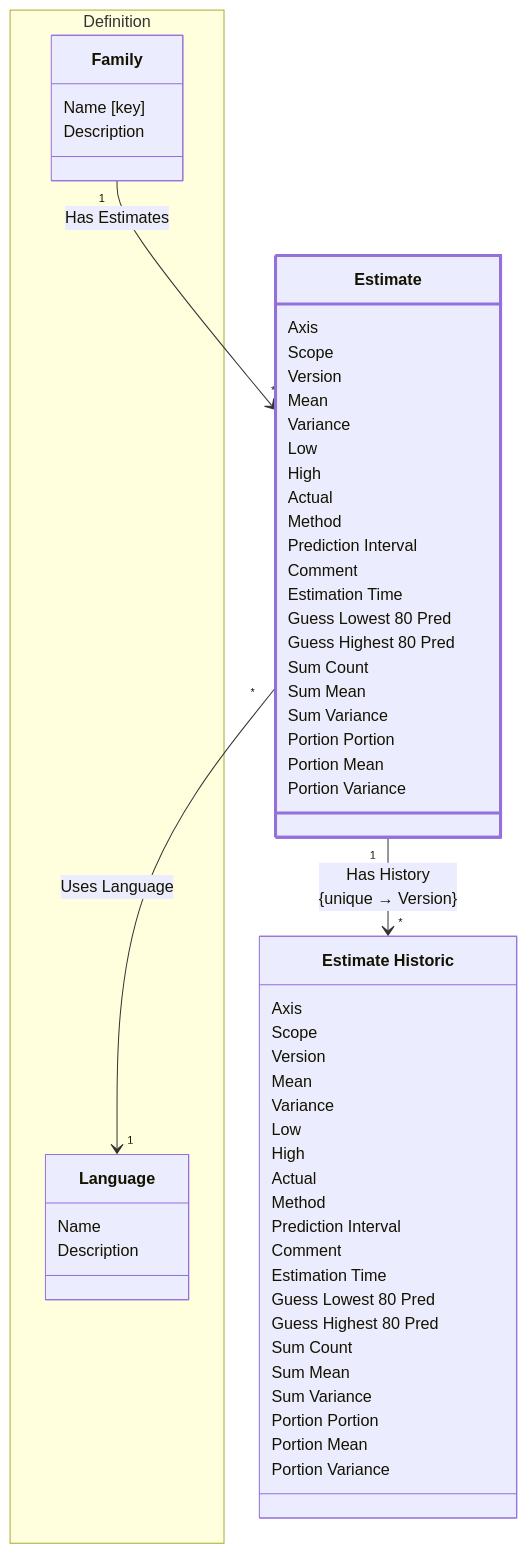
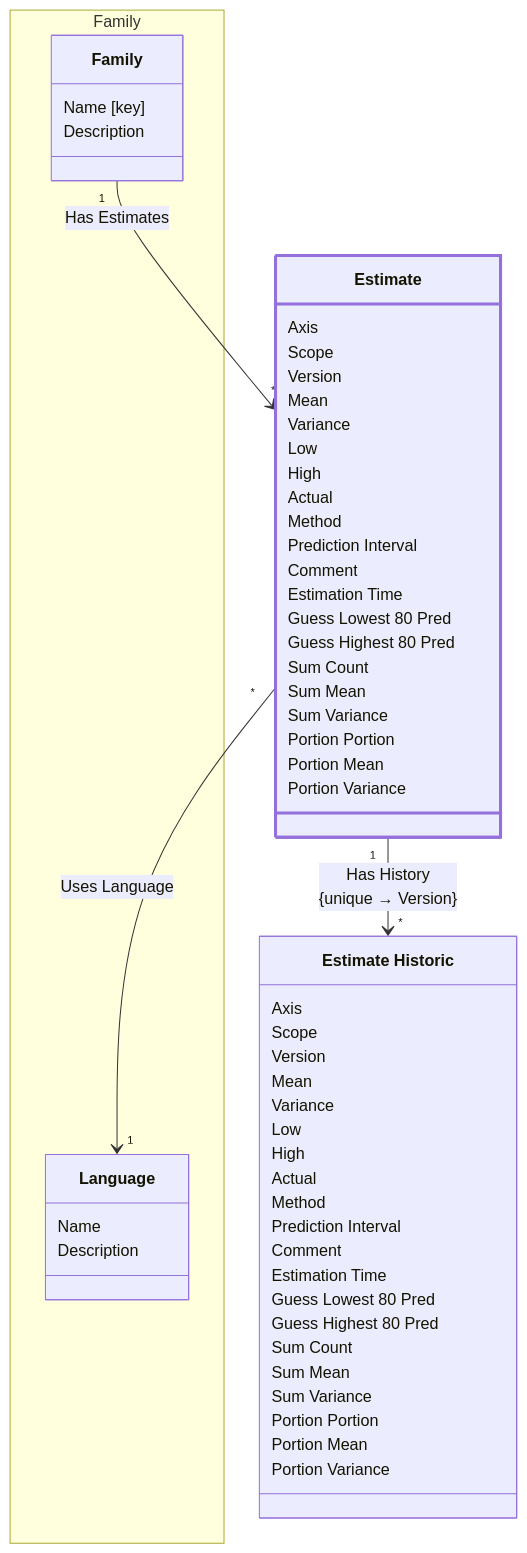
Before and after one commit to glemzurg/glemzurg: the diagram in examples/requirements/req/output/development/class-domain.process.subdomain.estimation.class.estimate.md, drawn with Mermaid. The commit also changed other lines of this file and 62 other files, not shown here.

````diff
--- a/examples/requirements/req/output/development/class-domain.process.subdomain.estimation.class.estimate.md
+++ b/examples/requirements/req/output/development/class-domain.process.subdomain.estimation.class.estimate.md
@@ -52,67 +52,67 @@
 ```mermaid
 ---
 config:
   class:
     hideEmptyMembersBox: true
 ---
 classDiagram
 class class_domain_process_subdomain_estimation_class_estimate["Estimate"] {
         Axis
         Scope
         Version
         Mean
         Variance
         Low
         High
         Actual
         Method
         Prediction Interval
         Comment
         Estimation Time
         Guess Lowest 80 Pred
         Guess Highest 80 Pred
         Sum Count
         Sum Mean
         Sum Variance
         Portion Portion
         Portion Mean
         Portion Variance
     }
 class class_domain_process_subdomain_estimation_class_estimate_historic["Estimate Historic"] {
         Axis
         Scope
         Version
         Mean
         Variance
         Low
         High
         Actual
         Method
         Prediction Interval
         Comment
         Estimation Time
         Guess Lowest 80 Pred
         Guess Highest 80 Pred
         Sum Count
         Sum Mean
         Sum Variance
         Portion Portion
         Portion Mean
         Portion Variance
     }
-namespace Definition {
-class class_domain_process_subdomain_definition_class_family["Family"] {
+namespace Family {
+class class_domain_process_subdomain_family_class_family["Family"] {
             Name [key]
             Description
         }
-class class_domain_process_subdomain_definition_class_language["Language"] {
+class class_domain_process_subdomain_family_class_language["Language"] {
             Name
             Description
         }
 }
 style class_domain_process_subdomain_estimation_class_estimate stroke:#9370DB,stroke-width:3px
-class_domain_process_subdomain_definition_class_family "1" --> "*" class_domain_process_subdomain_estimation_class_estimate : Has Estimates
-class_domain_process_subdomain_estimation_class_estimate "*" --> "1" class_domain_process_subdomain_definition_class_language : Uses Language
+class_domain_process_subdomain_estimation_class_estimate "*" --> "1" class_domain_process_subdomain_family_class_language : Uses Language
+class_domain_process_subdomain_family_class_family "1" --> "*" class_domain_process_subdomain_estimation_class_estimate : Has Estimates
 class_domain_process_subdomain_estimation_class_estimate "1" --> "*" class_domain_process_subdomain_estimation_class_estimate_historic : Has History<br/>{unique → Version}
 
 ```
````
